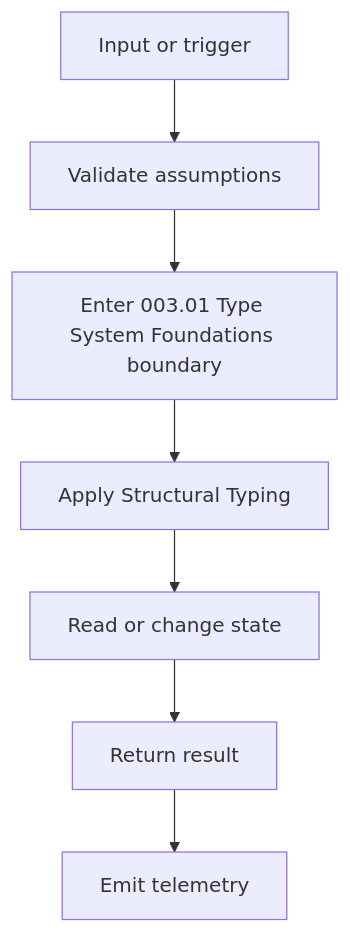
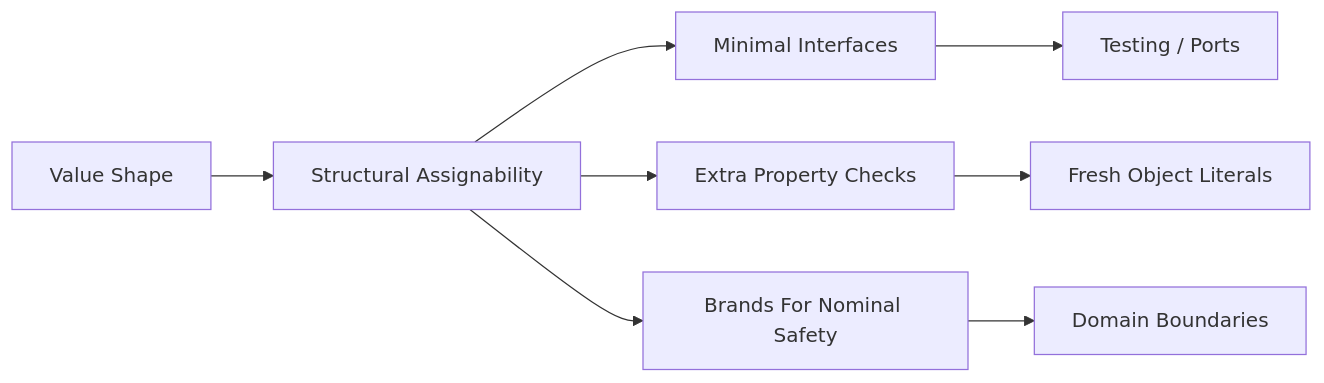
The third of 4 diagrams in 003. TypeScript/003.01 Type System Foundations/003.01.01 Structural Typing/README.md (AjayPrajapat/Interview), drawn with Mermaid before and after one commit. The commit also changed other lines of this file and 10 other files, not shown here.

First line of the commit message:
Refactor Structural Typing documentation and update rewrite plan

````diff
--- a/003. TypeScript/003.01 Type System Foundations/003.01.01 Structural Typing/README.md
+++ b/003. TypeScript/003.01 Type System Foundations/003.01.01 Structural Typing/README.md
@@ -453,9 +950,10 @@
 ```mermaid
-flowchart TD
-  A[Input or trigger] --> B[Validate assumptions]
-  B --> C[Enter 003.01 Type System Foundations boundary]
-  C --> D[Apply Structural Typing]
-  D --> E[Read or change state]
-  E --> F[Return result]
-  F --> G[Emit telemetry]
+flowchart LR
+  A["Value Shape"] --> B["Structural Assignability"]
+  B --> C["Minimal Interfaces"]
+  B --> D["Extra Property Checks"]
+  B --> E["Brands For Nominal Safety"]
+  C --> F["Testing / Ports"]
+  E --> G["Domain Boundaries"]
+  D --> H["Fresh Object Literals"]
 ```
````
